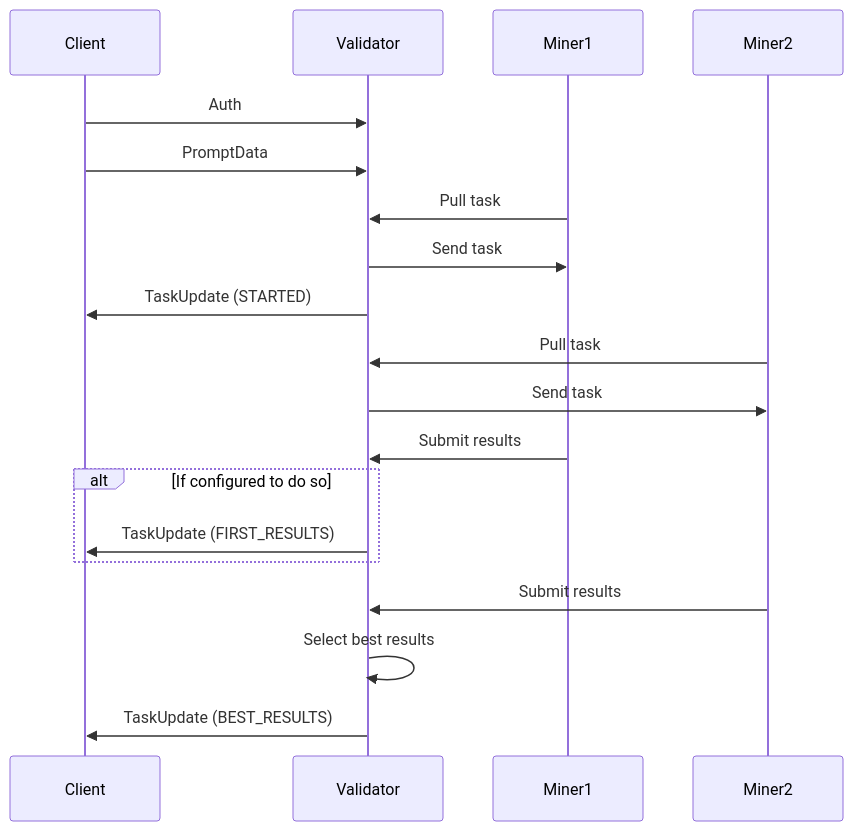
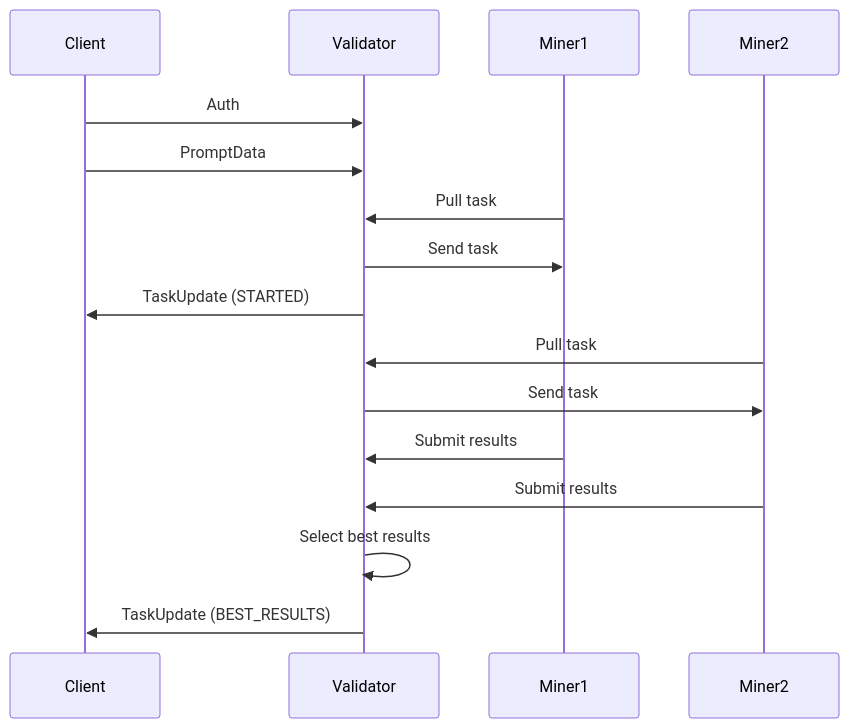
Before and after one commit to Quinut-McGee/3D-gen: the diagram in docs/public_api.md, drawn with Mermaid. The commit also changed other lines of this file and 19 other files, not shown here.

````diff
--- a/docs/public_api.md
+++ b/docs/public_api.md
@@ -60,22 +60,19 @@
 ```mermaid
 sequenceDiagram
     participant Client
     participant Validator
     participant Miner1
     participant Miner2
 
     Client->>Validator: Auth
     Client->>Validator: PromptData
     Miner1->>Validator: Pull task
     Validator->>Miner1: Send task
     Validator->>Client: TaskUpdate (STARTED)
     Miner2->>Validator: Pull task
     Validator->>Miner2: Send task
     Miner1->>Validator: Submit results
-    alt If configured to do so
-        Validator->>Client: TaskUpdate (FIRST_RESULTS)
-    end
     Miner2->>Validator: Submit results
     Validator->>Validator: Select best results
     Validator->>Client: TaskUpdate (BEST_RESULTS)
 ```
````
